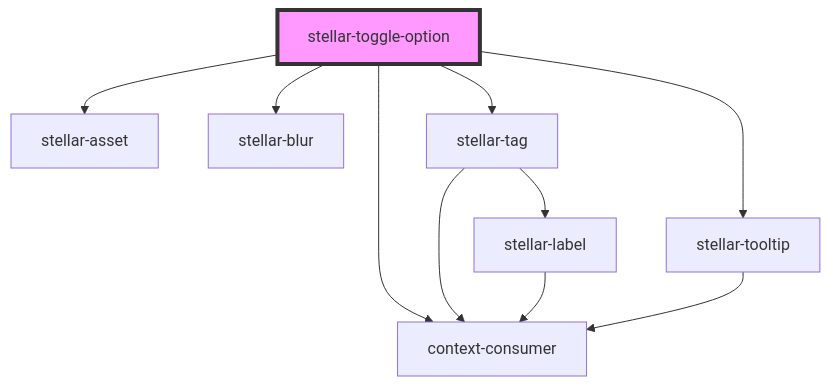
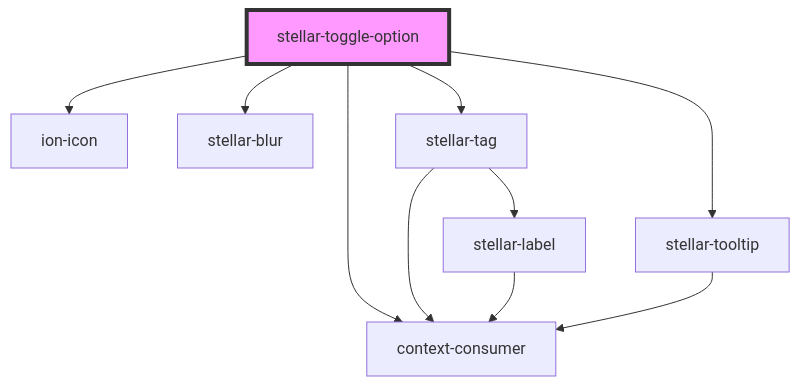
The diagram in src/components/forms/toggle-option/readme.md (splitinfinities/Stellar), drawn with Mermaid before and after one commit. The commit also changed other lines of this file and 108 other files, not shown here.

Commit message:
Remove stellar-asset.

````diff
--- a/src/components/forms/toggle-option/readme.md
+++ b/src/components/forms/toggle-option/readme.md
@@ -71,13 +71,13 @@
 ```mermaid
 graph TD;
-  stellar-toggle-option --> stellar-asset
+  stellar-toggle-option --> ion-icon
   stellar-toggle-option --> stellar-blur
   stellar-toggle-option --> stellar-tag
   stellar-toggle-option --> stellar-tooltip
   stellar-toggle-option --> context-consumer
   stellar-tag --> stellar-label
   stellar-tag --> context-consumer
   stellar-label --> context-consumer
   stellar-tooltip --> context-consumer
   style stellar-toggle-option fill:#f9f,stroke:#333,stroke-width:4px
 ```
````
